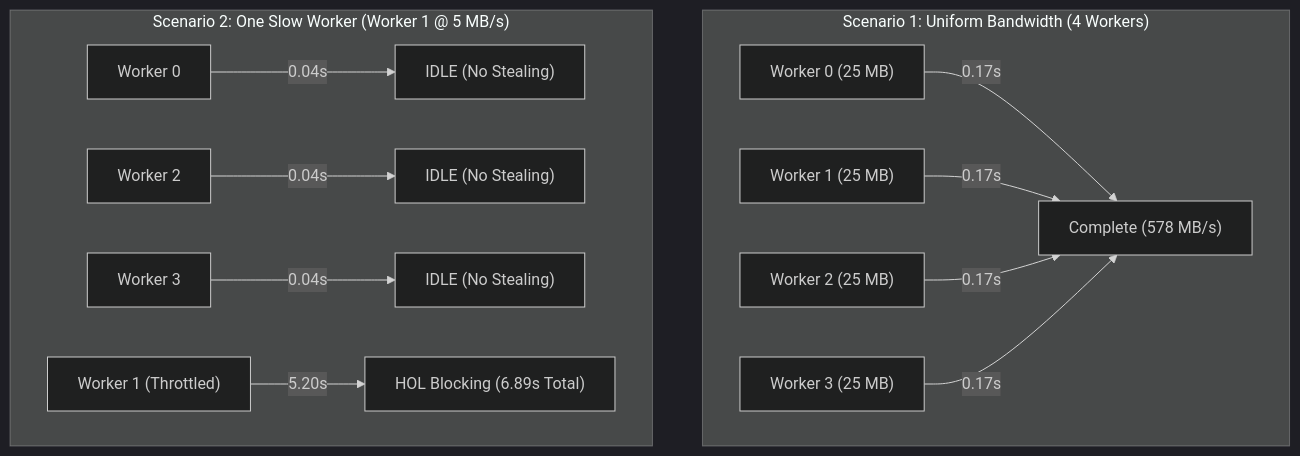
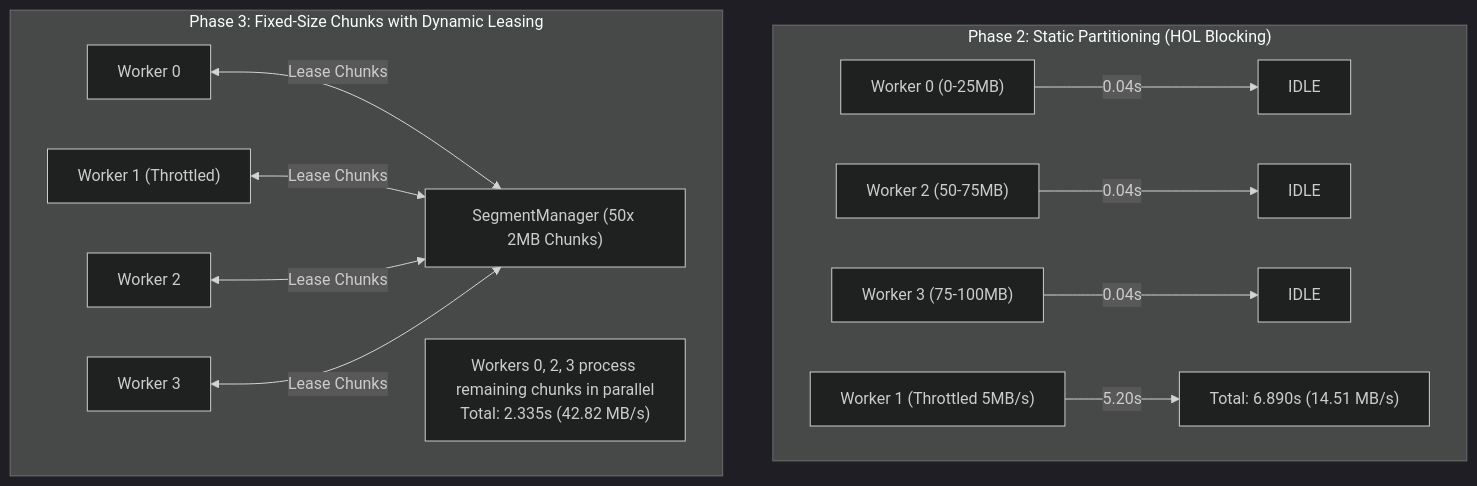
One commit to yeyeio/Not-Download-Manager changed the diagram in docs/advanced-validation-report.md. Above: the diagram before and after it, drawn with Mermaid (dark theme). The commit also changed other lines of this file and 10 other files, not shown here.

Commit message:
feat(engine): implement dynamic segmentation with fixed-size chunks, lease scheduling, strict HTTP 206 validation, and fault-tolerant retries

````diff
--- a/docs/advanced-validation-report.md
+++ b/docs/advanced-validation-report.md
@@ -49,15 +55,17 @@
 ```mermaid
 flowchart TD
-    subgraph S1["Scenario 1: Uniform Bandwidth (4 Workers)"]
-        W0["Worker 0 (25 MB)"] -->|0.17s| Done1["Complete (578 MB/s)"]
-        W1["Worker 1 (25 MB)"] -->|0.17s| Done1
-        W2["Worker 2 (25 MB)"] -->|0.17s| Done1
-        W3["Worker 3 (25 MB)"] -->|0.17s| Done1
+    subgraph Phase2["Phase 2: Static Partitioning (HOL Blocking)"]
+        P2_W0["Worker 0 (0-25MB)"] -->|0.04s| P2_I0["IDLE"]
+        P2_W2["Worker 2 (50-75MB)"] -->|0.04s| P2_I2["IDLE"]
+        P2_W3["Worker 3 (75-100MB)"] -->|0.04s| P2_I3["IDLE"]
+        P2_W1["Worker 1 (Throttled 5MB/s)"] -->|5.20s| P2_Fail["Total: 6.890s (14.51 MB/s)"]
     end
-    subgraph S2["Scenario 2: One Slow Worker (Worker 1 @ 5 MB/s)"]
-        SW0["Worker 0"] -->|0.04s| Idle0["IDLE (No Stealing)"]
-        SW2["Worker 2"] -->|0.04s| Idle2["IDLE (No Stealing)"]
-        SW3["Worker 3"] -->|0.04s| Idle3["IDLE (No Stealing)"]
-        SW1["Worker 1 (Throttled)"] -->|5.20s| Stalled["HOL Blocking (6.89s Total)"]
+    subgraph Phase3["Phase 3: Fixed-Size Chunks with Dynamic Leasing"]
+        P3_M["SegmentManager (50x 2MB Chunks)"]
+        P3_W0["Worker 0"] <-->|Lease Chunks| P3_M
+        P3_W1["Worker 1 (Throttled)"] <-->|Lease Chunks| P3_M
+        P3_W2["Worker 2"] <-->|Lease Chunks| P3_M
+        P3_W3["Worker 3"] <-->|Lease Chunks| P3_M
+        P3_Done["Workers 0, 2, 3 process remaining chunks in parallel<br/>Total: 2.335s (42.82 MB/s)"]
     end
 ```
````
